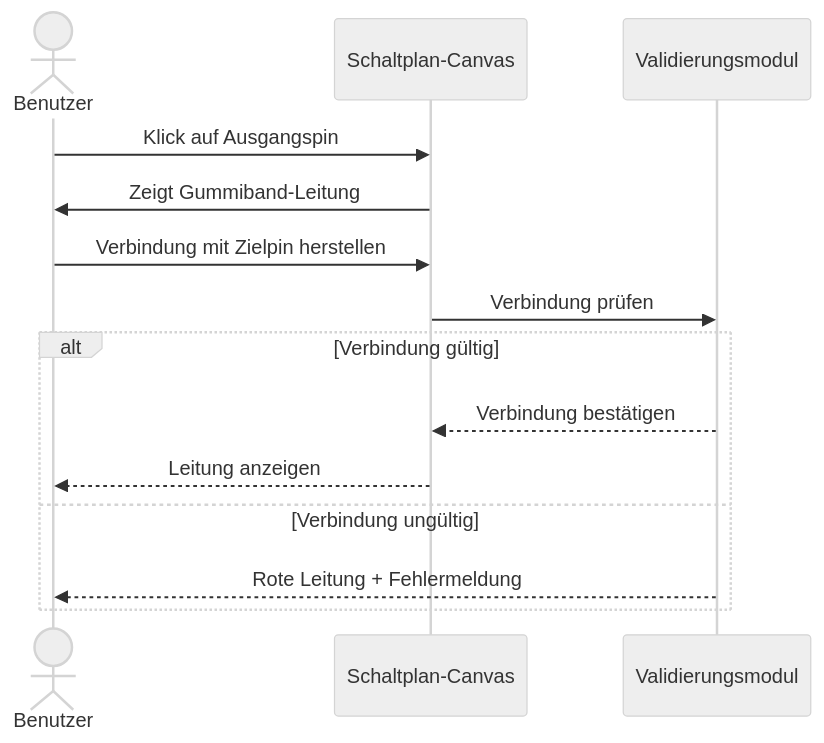
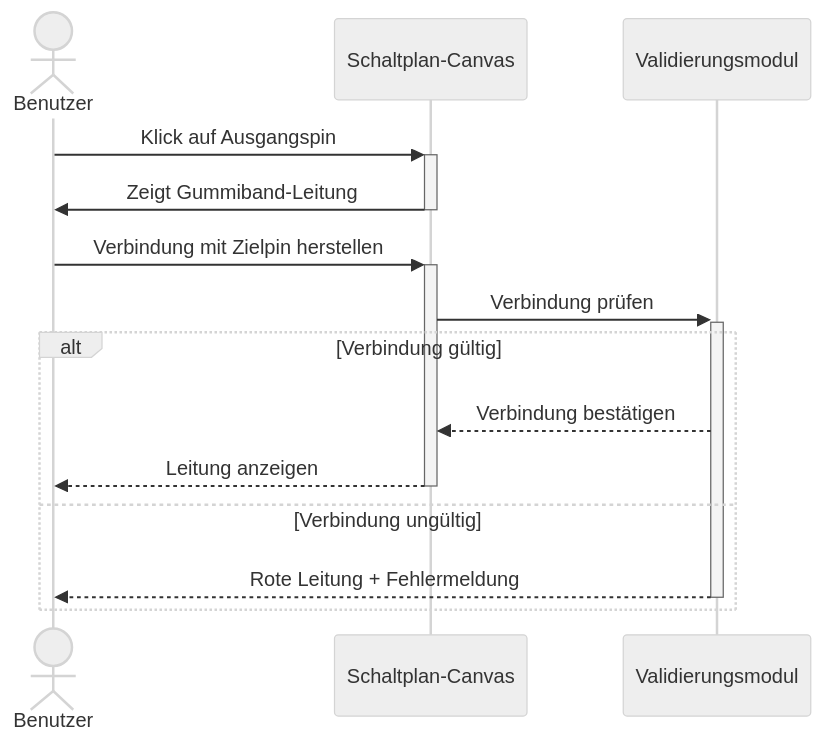
One commit to SimonJ2222/BitFlow changed diagram 11 of 22 in docs/use_cases/software_requirements_specification.md. Above: the diagram before and after it, drawn with Mermaid (neutral theme). The commit also changed other lines of this file, not shown here.

Commit message:
Added activations and deactivations to all Sequence Diagrams

````diff
--- a/docs/use_cases/software_requirements_specification.md
+++ b/docs/use_cases/software_requirements_specification.md
@@ -497,18 +505,18 @@
 ```mermaid
 sequenceDiagram
     actor Benutzer
     participant Canvas as Schaltplan-Canvas
     participant System as Validierungsmodul
 
-    Benutzer ->> Canvas: Klick auf Ausgangspin
-    Canvas ->> Benutzer: Zeigt Gummiband-Leitung
-    Benutzer ->> Canvas: Verbindung mit Zielpin herstellen
-    Canvas ->> System: Verbindung prüfen
+    Benutzer ->>+ Canvas: Klick auf Ausgangspin
+    Canvas ->>- Benutzer: Zeigt Gummiband-Leitung
+    Benutzer ->>+ Canvas: Verbindung mit Zielpin herstellen
+    Canvas ->>+ System: Verbindung prüfen
     alt Verbindung gültig
         System -->> Canvas: Verbindung bestätigen
-        Canvas -->> Benutzer: Leitung anzeigen
+        Canvas -->>- Benutzer: Leitung anzeigen
     else Verbindung ungültig
-        System -->> Benutzer: Rote Leitung + Fehlermeldung
+        System -->>- Benutzer: Rote Leitung + Fehlermeldung
     end
 
 ```
````
